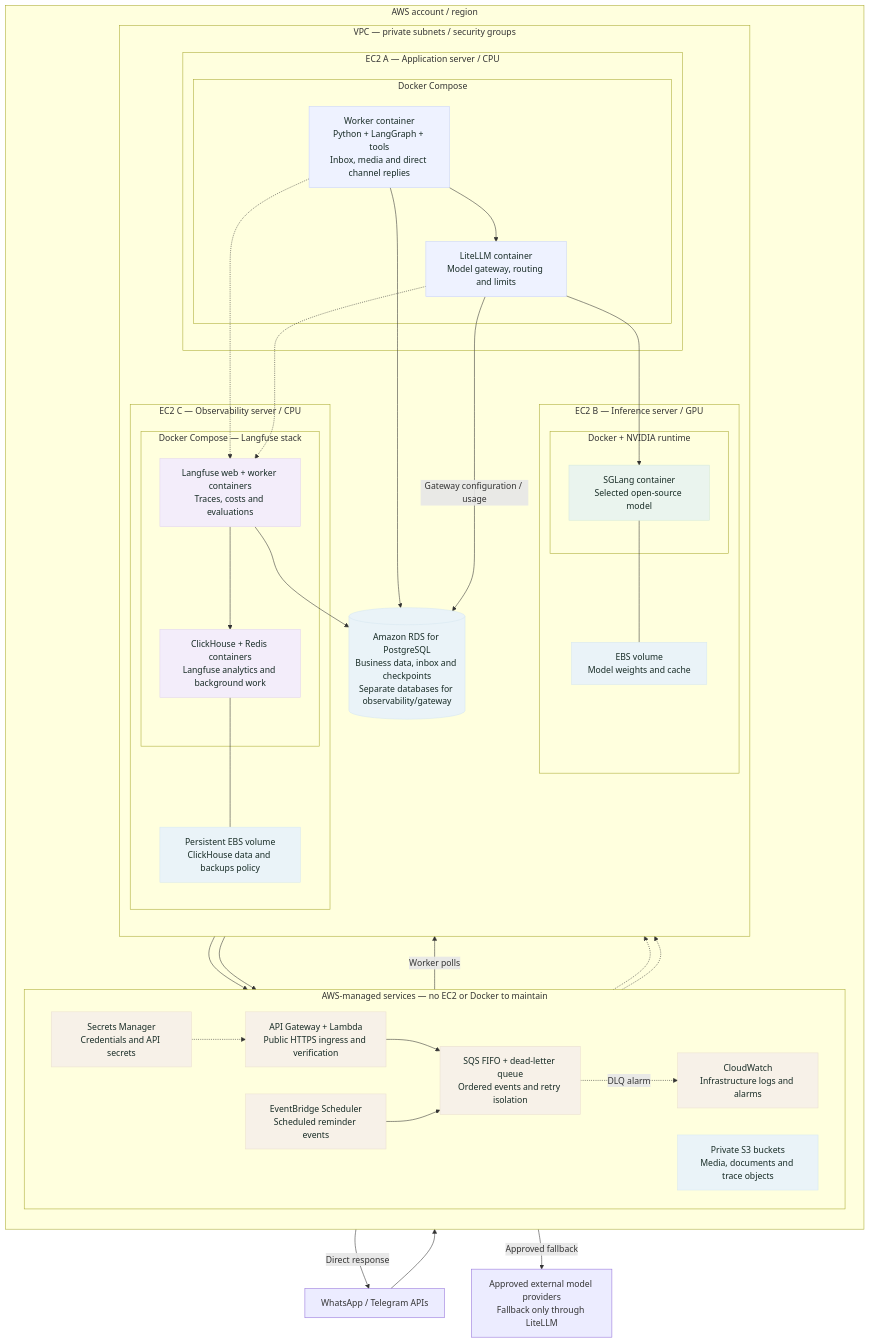
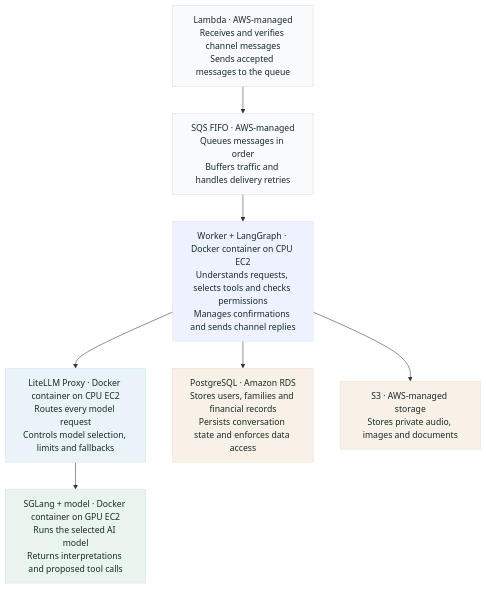
The second of 2 diagrams in docs/ai-attention-architecture.md (kplian/meta-hackathon), drawn with Mermaid before and after one commit. The commit also changed other lines of this file, not shown here.

Commit message:
docs: simplify physical architecture to seven component blocks

````diff
--- a/docs/ai-attention-architecture.md
+++ b/docs/ai-attention-architecture.md
@@ -52,79 +52,26 @@
 ```mermaid
 flowchart TB
-    CHANNELS["WhatsApp / Telegram APIs"]
-    PROVIDERS["Approved external model providers<br/>Fallback only through LiteLLM"]
+    LAMBDA["Lambda · AWS-managed<br/>Receives and verifies channel messages<br/>Sends accepted messages to the queue"]
+    SQS["SQS FIFO · AWS-managed<br/>Queues messages in order<br/>Buffers traffic and handles delivery retries"]
+    WORKER["Worker + LangGraph · Docker container on CPU EC2<br/>Understands requests, selects tools and checks permissions<br/>Manages confirmations and sends channel replies"]
+    LITE["LiteLLM Proxy · Docker container on CPU EC2<br/>Routes every model request<br/>Controls model selection, limits and fallbacks"]
+    MODEL["SGLang + model · Docker container on GPU EC2<br/>Runs the selected AI model<br/>Returns interpretations and proposed tool calls"]
+    POSTGRES["PostgreSQL · Amazon RDS<br/>Stores users, families and financial records<br/>Persists conversation state and enforces data access"]
+    FILES["S3 · AWS-managed storage<br/>Stores private audio, images and documents"]
 
-    subgraph AWS["AWS account / region"]
-        direction TB
-        subgraph MANAGED["AWS-managed services — no EC2 or Docker to maintain"]
-            direction LR
-            INGRESS["API Gateway + Lambda<br/>Public HTTPS ingress and verification"]
-            FIFO["SQS FIFO + dead-letter queue<br/>Ordered events and retry isolation"]
-            SCHEDULER["EventBridge Scheduler<br/>Scheduled reminder events"]
-            S3STORE["Private S3 buckets<br/>Media, documents and trace objects"]
-            SECRETSTORE["Secrets Manager<br/>Credentials and API secrets"]
-            MONITOR["CloudWatch<br/>Infrastructure logs and alarms"]
-        end
+    LAMBDA --> SQS --> WORKER
+    WORKER --> LITE --> MODEL
+    WORKER --> POSTGRES
+    WORKER --> FILES
 
-        subgraph VPC["VPC — private subnets / security groups"]
-            direction TB
-            subgraph APPSERVER["EC2 A — Application server / CPU"]
-                subgraph APPDOCKER["Docker Compose"]
-                    WORKER["Worker container<br/>Python + LangGraph + tools<br/>Inbox, media and direct channel replies"]
-                    LITELLM["LiteLLM container<br/>Model gateway, routing and limits"]
-                end
-            end
-
-            subgraph GPUSERVER["EC2 B — Inference server / GPU"]
-                subgraph GPUDOCKER["Docker + NVIDIA runtime"]
-                    SGLANG["SGLang container<br/>Selected open-source model"]
-                end
-                MODELSTORE["EBS volume<br/>Model weights and cache"]
-            end
-
-            subgraph OBSSERVER["EC2 C — Observability server / CPU"]
-                subgraph OBSDOCKER["Docker Compose — Langfuse stack"]
-                    LANGFUSE["Langfuse web + worker containers<br/>Traces, costs and evaluations"]
-                    SUPPORT["ClickHouse + Redis containers<br/>Langfuse analytics and background work"]
-                end
-                OBSSTORE["Persistent EBS volume<br/>ClickHouse data and backups policy"]
-            end
-
-            RDSSTORE[("Amazon RDS for PostgreSQL<br/>Business data, inbox and checkpoints<br/>Separate databases for observability/gateway")]
-        end
-    end
-
-    CHANNELS --> INGRESS
-    INGRESS --> FIFO
-    SCHEDULER --> FIFO
-    FIFO -->|Worker polls| WORKER
-    FIFO -.->|DLQ alarm| MONITOR
-    WORKER -->|Direct response| CHANNELS
-    WORKER --> LITELLM
-    LITELLM --> SGLANG
-    LITELLM -->|Approved fallback| PROVIDERS
-    SGLANG --- MODELSTORE
-    WORKER --> RDSSTORE
-    WORKER --> S3STORE
-    WORKER -.-> LANGFUSE
-    LITELLM -.-> LANGFUSE
-    LANGFUSE --> SUPPORT
-    LANGFUSE --> RDSSTORE
-    LANGFUSE --> S3STORE
-    SUPPORT --- OBSSTORE
-    LITELLM -->|Gateway configuration / usage| RDSSTORE
-    SECRETSTORE -.-> INGRESS
-    SECRETSTORE -.-> WORKER
-    SECRETSTORE -.-> LITELLM
-
-    classDef managed fill:#F7F1E8,stroke:#EADFCF,color:#172B25;
-    classDef application fill:#EEF2FF,stroke:#C7D2FE,color:#172B25;
+    classDef transport fill:#F8FAFC,stroke:#D6DFE5,color:#172B25;
+    classDef agent fill:#EEF2FF,stroke:#D8E1FF,color:#172B25;
+    classDef proxy fill:#EAF3F8,stroke:#D6E7F0,color:#172B25;
     classDef inference fill:#EAF4EE,stroke:#D2E8DA,color:#172B25;
-    classDef observability fill:#F3EDFA,stroke:#E1D4EF,color:#172B25;
-    classDef storage fill:#EAF3F8,stroke:#D6E7F0,color:#172B25;
-    class INGRESS,FIFO,SCHEDULER,SECRETSTORE,MONITOR managed;
-    class WORKER,LITELLM application;
-    class SGLANG inference;
-    class LANGFUSE,SUPPORT observability;
-    class RDSSTORE,S3STORE,MODELSTORE,OBSSTORE storage;
+    classDef storage fill:#F7F1E8,stroke:#EADFCF,color:#172B25;
+    class LAMBDA,SQS transport;
+    class WORKER agent;
+    class LITE proxy;
+    class MODEL inference;
+    class POSTGRES,FILES storage;
 ```
````
